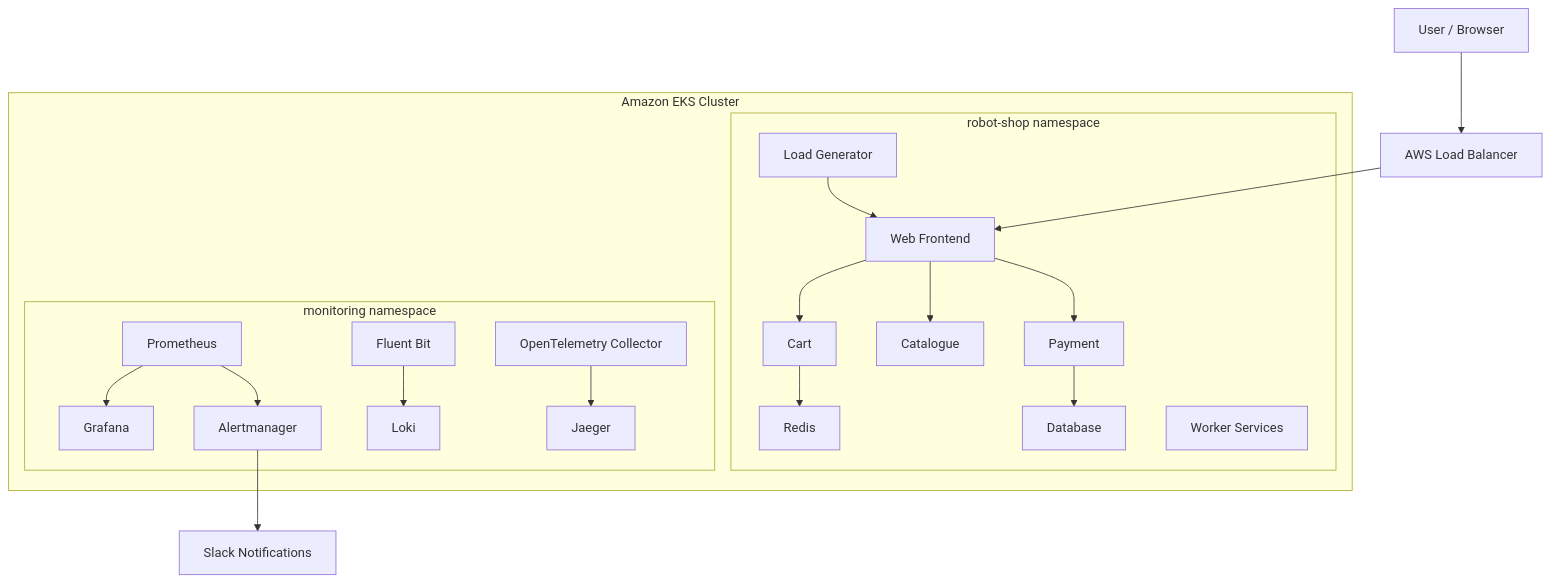
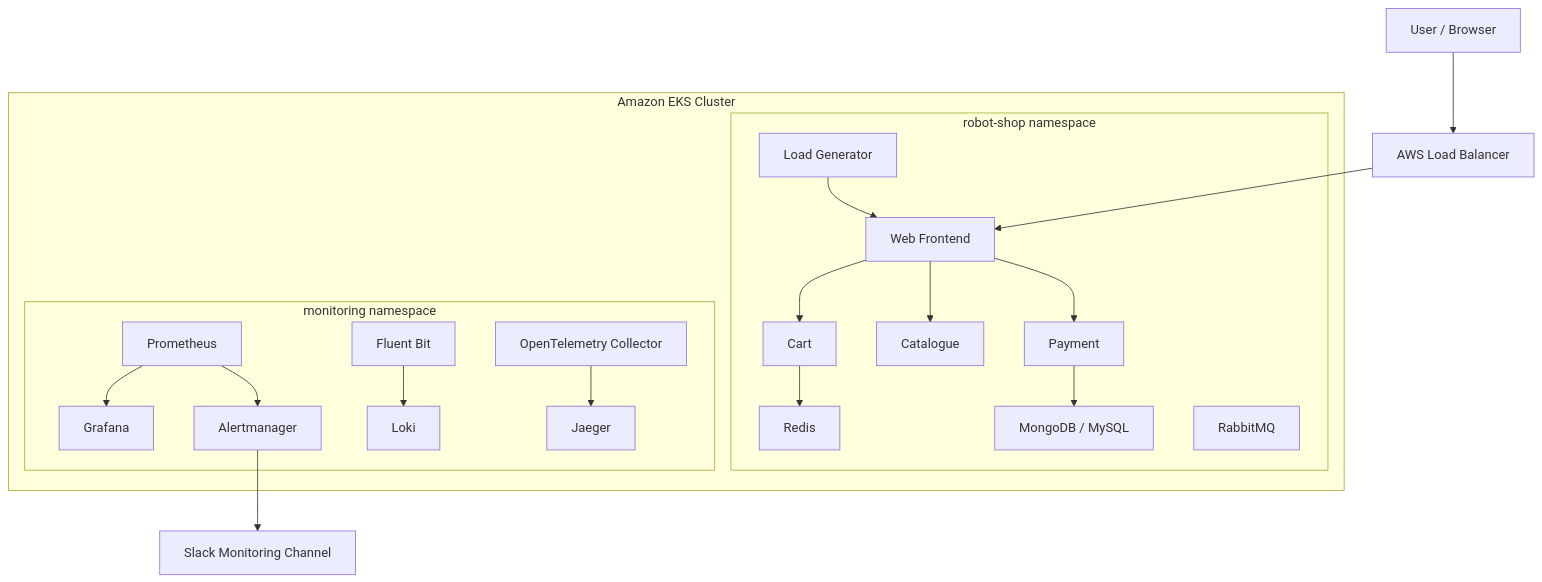
Before and after one commit to vincentcheri/devops_capstone2: the diagram in README.md, drawn with Mermaid. The commit also changed other lines of this file, not shown here.

````diff
--- a/README.md
+++ b/README.md
@@ -119,38 +108,43 @@
 ```mermaid
 flowchart TB
-    U[User / Browser]
+    USER[User / Browser]
     LB[AWS Load Balancer]
+
     subgraph EKS[Amazon EKS Cluster]
         subgraph APP[robot-shop namespace]
             WEB[Web Frontend]
             CART[Cart]
-            CATALOGUE[Catalogue]
+            CAT[Catalogue]
             PAYMENT[Payment]
             REDIS[Redis]
-            DB[Database]
-            WORKER[Worker Services]
+            DB[MongoDB / MySQL]
+            RABBIT[RabbitMQ]
             LOAD[Load Generator]
         end
+
         subgraph MON[monitoring namespace]
             PROM[Prometheus]
             GRAF[Grafana]
             FB[Fluent Bit]
             LOKI[Loki]
             OTEL[OpenTelemetry Collector]
             JAEGER[Jaeger]
             AM[Alertmanager]
         end
     end
-    SLACK[Slack Notifications]
-    U --> LB --> WEB
+
+    SLACK[Slack Monitoring Channel]
+
+    USER --> LB --> WEB
     WEB --> CART
-    WEB --> CATALOGUE
+    WEB --> CAT
     WEB --> PAYMENT
     CART --> REDIS
     PAYMENT --> DB
     LOAD --> WEB
+
     PROM --> GRAF
     FB --> LOKI
     OTEL --> JAEGER
     PROM --> AM --> SLACK
 ```
````
